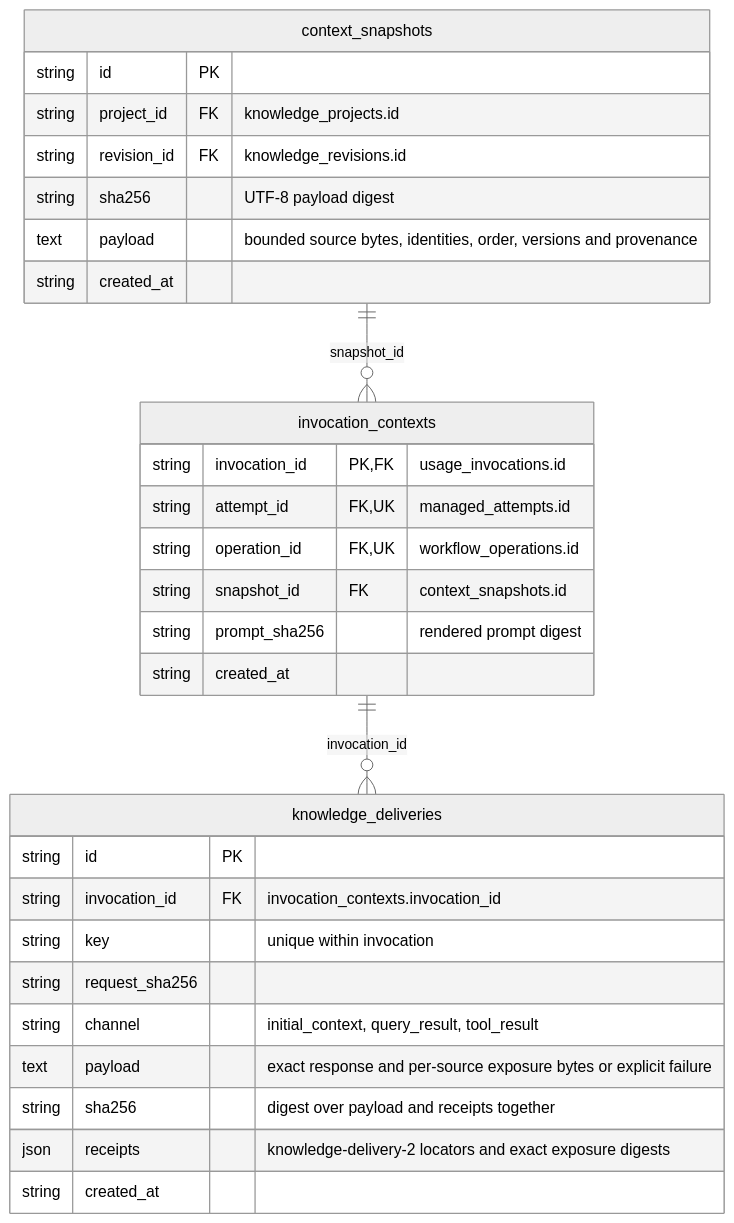
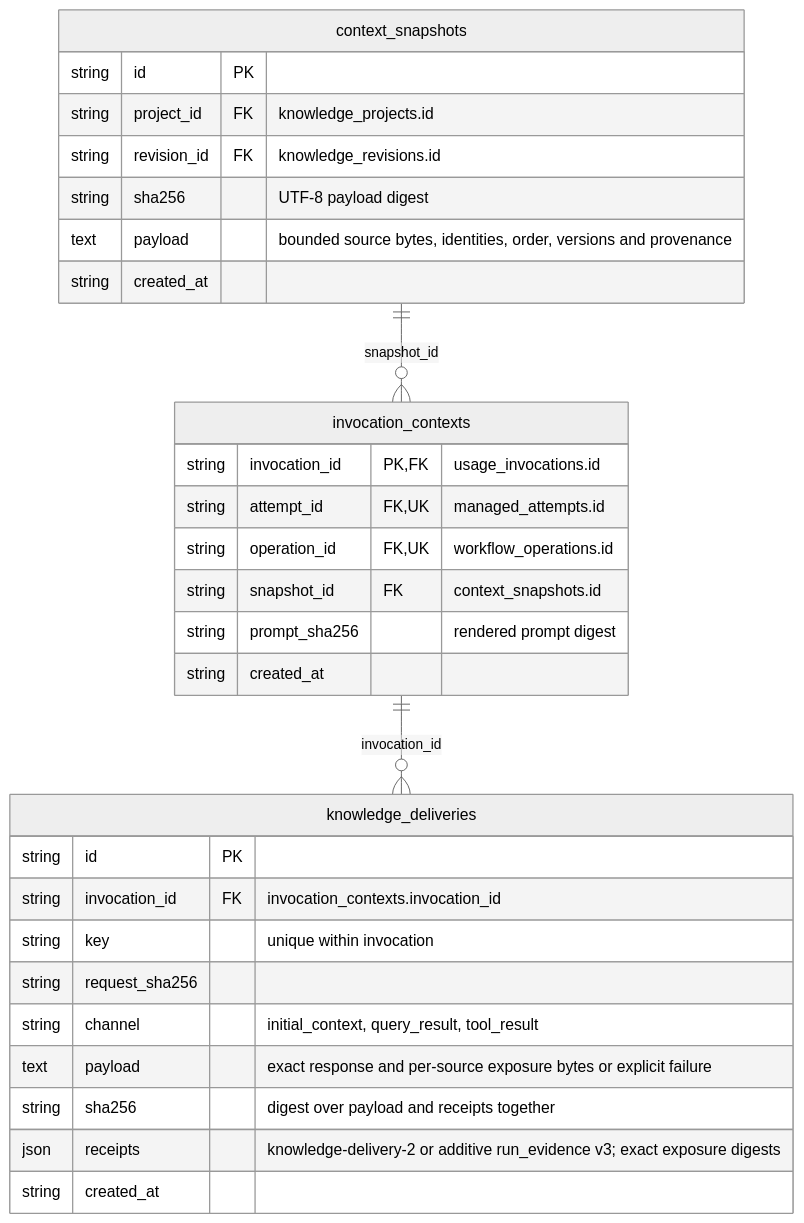
Before and after one commit to AcostaDDev/my-harness: the fifth of 24 diagrams in docs/DDBB-DIAGRAM.md, drawn with Mermaid (neutral theme). The commit also changed other lines of this file and 45 other files, not shown here.

````diff
--- a/docs/DDBB-DIAGRAM.md
+++ b/docs/DDBB-DIAGRAM.md
@@ -181,32 +188,32 @@
 ```mermaid
 erDiagram
     context_snapshots {
         string id PK
         string project_id FK "knowledge_projects.id"
         string revision_id FK "knowledge_revisions.id"
         string sha256 "UTF-8 payload digest"
         text payload "bounded source bytes, identities, order, versions and provenance"
         string created_at
     }
     invocation_contexts {
         string invocation_id PK, FK "usage_invocations.id"
         string attempt_id FK, UK "managed_attempts.id"
         string operation_id FK, UK "workflow_operations.id"
         string snapshot_id FK "context_snapshots.id"
         string prompt_sha256 "rendered prompt digest"
         string created_at
     }
     knowledge_deliveries {
         string id PK
         string invocation_id FK "invocation_contexts.invocation_id"
         string key "unique within invocation"
         string request_sha256
         string channel "initial_context, query_result, tool_result"
         text payload "exact response and per-source exposure bytes or explicit failure"
         string sha256 "digest over payload and receipts together"
-        json receipts "knowledge-delivery-2 locators and exact exposure digests"
+        json receipts "knowledge-delivery-2 or additive run_evidence v3; exact exposure digests"
         string created_at
     }
     context_snapshots ||--o{ invocation_contexts : snapshot_id
     invocation_contexts ||--o{ knowledge_deliveries : invocation_id
 ```
````
